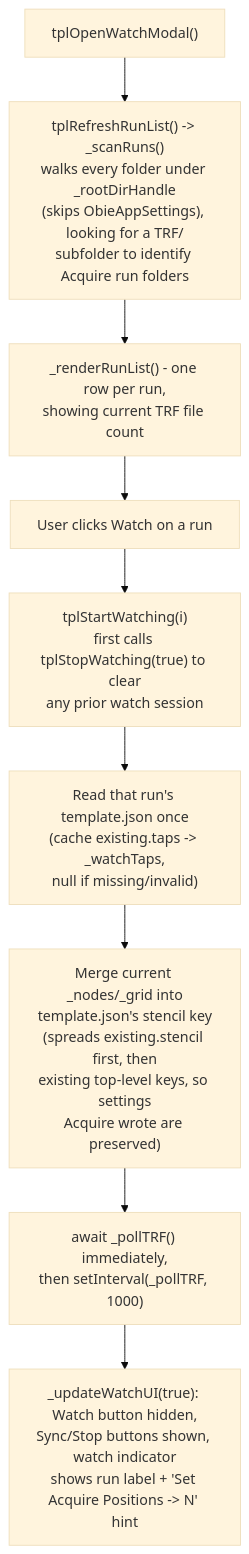
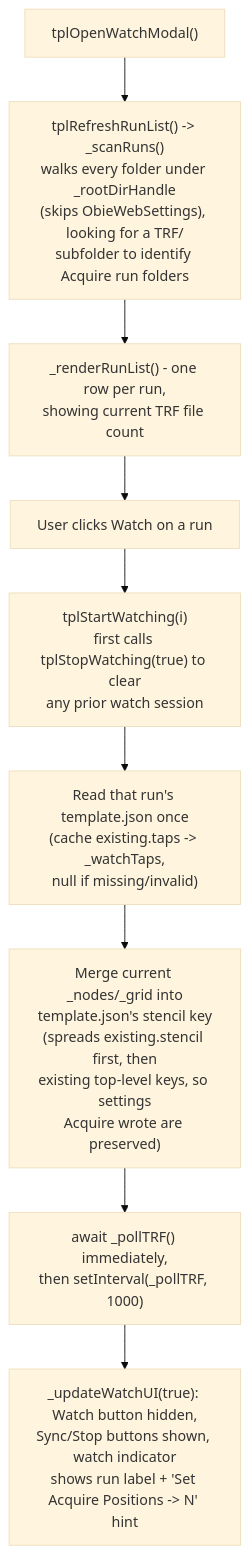
Before and after one commit to chrisbuerginrogers/ObieApp: the fifth of 8 diagrams in Web/tools/template/FLOWCHART.md, drawn with Mermaid (base theme). The commit also changed 28 other files, not shown here.

First line of the commit message:
Rename settings folder ObieAppSettings to ObieWebSettings

````diff
--- a/Web/tools/template/FLOWCHART.md
+++ b/Web/tools/template/FLOWCHART.md
@@ -178,11 +178,11 @@
 ```mermaid
 flowchart TD
-    A["tplOpenWatchModal()"] --> B["tplRefreshRunList() -> _scanRuns()\nwalks every folder under _rootDirHandle\n(skips ObieAppSettings), looking for a TRF/\nsubfolder to identify Acquire run folders"]
+    A["tplOpenWatchModal()"] --> B["tplRefreshRunList() -> _scanRuns()\nwalks every folder under _rootDirHandle\n(skips ObieWebSettings), looking for a TRF/\nsubfolder to identify Acquire run folders"]
     B --> C["_renderRunList() - one row per run,\nshowing current TRF file count"]
     C --> D["User clicks Watch on a run"]
     D --> E["tplStartWatching(i)\nfirst calls tplStopWatching(true) to clear\nany prior watch session"]
     E --> F["Read that run's template.json once\n(cache existing.taps -> _watchTaps,\nnull if missing/invalid)"]
     F --> G["Merge current _nodes/_grid into\ntemplate.json's stencil key\n(spreads existing.stencil first, then\nexisting top-level keys, so settings\nAcquire wrote are preserved)"]
     G --> H["await _pollTRF() immediately,\nthen setInterval(_pollTRF, 1000)"]
     H --> I["_updateWatchUI(true): Watch button hidden,\nSync/Stop buttons shown, watch indicator\nshows run label + 'Set Acquire Positions -> N' hint"]
 ```
````
